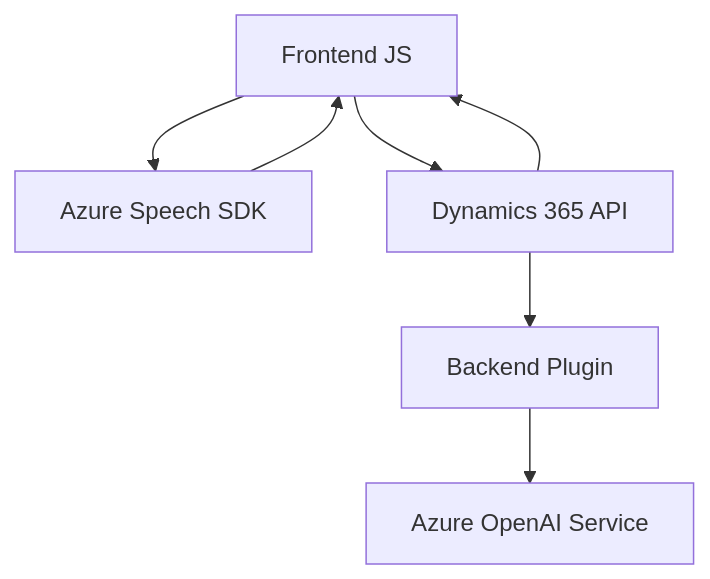
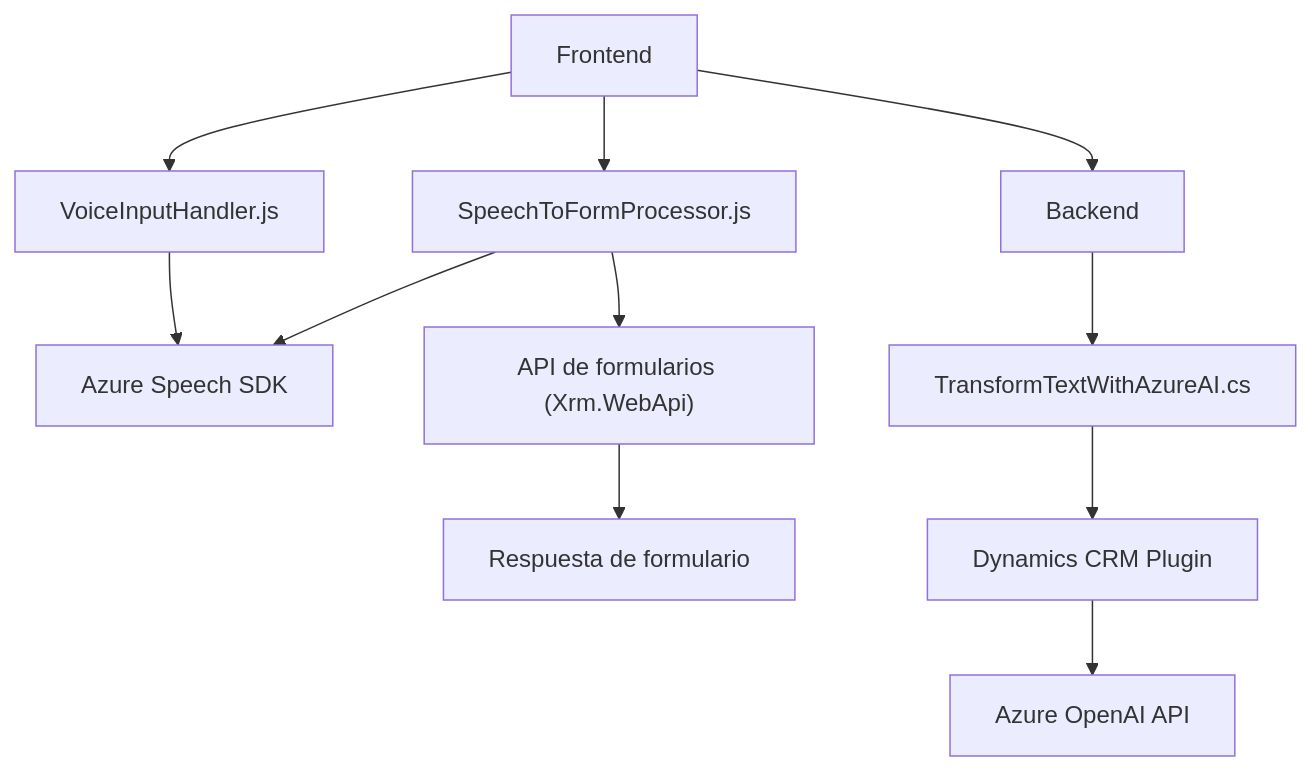
The diagram in README.md (blopezdm/NETCORE_BILBAO2025), drawn with Mermaid before and after one commit. The commit also changed other lines of this file, not shown here.

````diff
--- a/README.md
+++ b/README.md
@@ -42,15 +56,24 @@
 ```mermaid
 graph TD
-  A["Frontend JS"]
-  B["Azure Speech SDK"]
-  C["Dynamics 365 API"]
-  D["Backend Plugin"]
-  E["Azure OpenAI Service"]
+A["Frontend"]
+B["VoiceInputHandler.js"]
+C["SpeechToFormProcessor.js"]
+D["Azure Speech SDK"]
+E["API de formularios (Xrm.WebApi)"]
+F["Respuesta de formulario"]
+G["Backend"]
+H["TransformTextWithAzureAI.cs"]
+I["Dynamics CRM Plugin"]
+J["Azure OpenAI API"]
 
-  A --> B
-  A --> C
-  B --> A
-  C --> A
-  D --> E
-  C --> D
+A --> B
+A --> C
+B --> D
+C --> D
+C --> E
+E --> F
+A --> G
+G --> H
+H --> I
+I --> J
 ```
````
